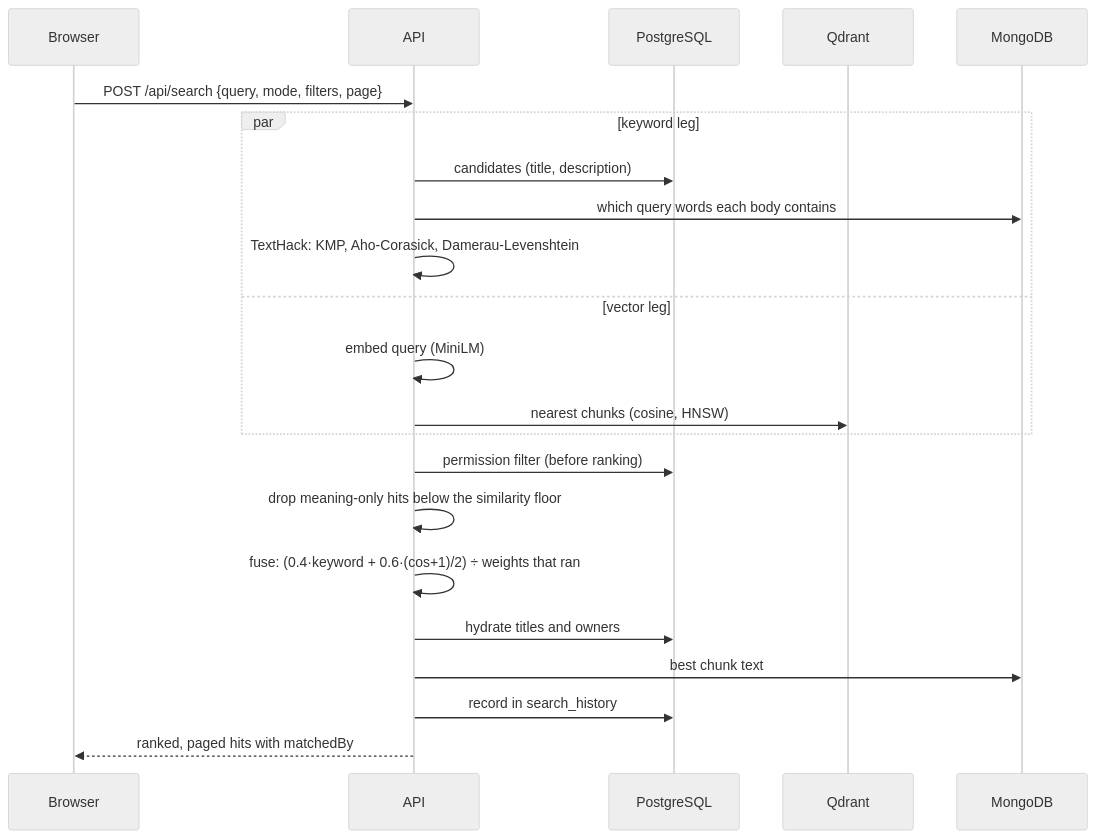
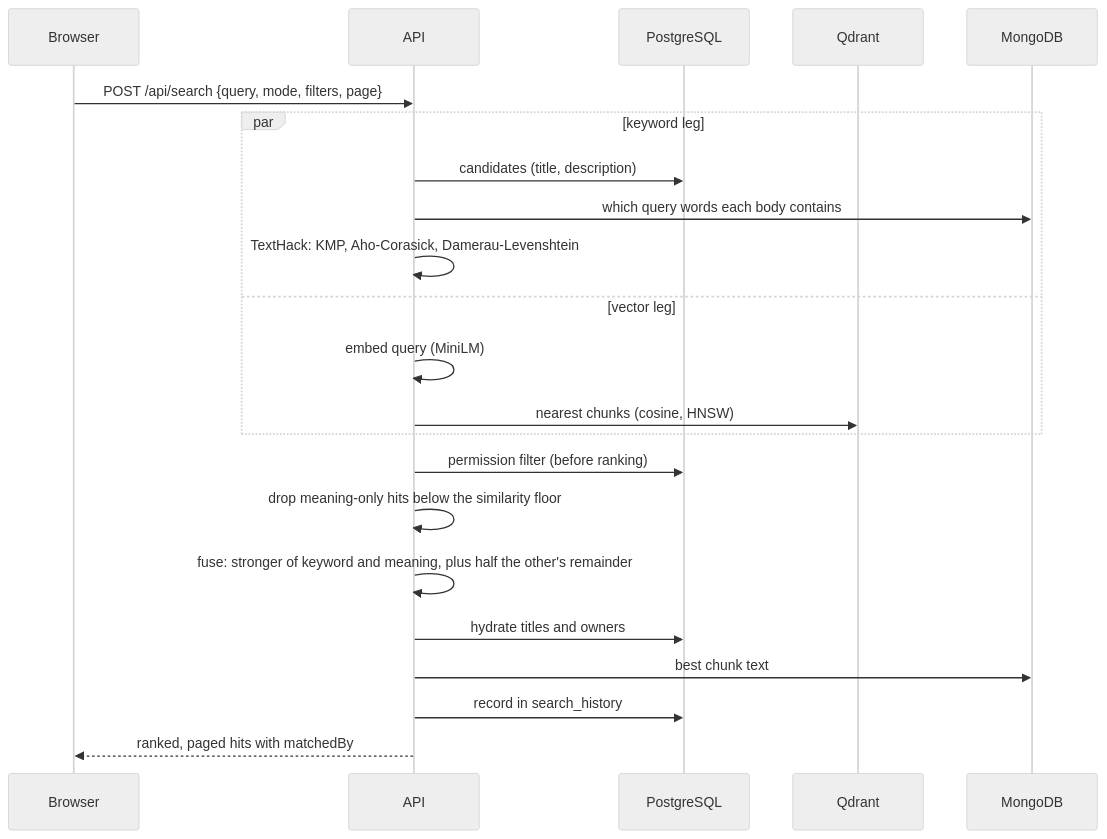
One commit to SathyaMaragani/Enterprise-Knowledge-Intelligence-Platform changed the sixth of 7 diagrams in docs/PROJECT_OVERVIEW.md. Above: the diagram before and after it, drawn with Mermaid (neutral theme). The commit also changed other lines of this file and 15 other files, not shown here.

````diff
--- a/docs/PROJECT_OVERVIEW.md
+++ b/docs/PROJECT_OVERVIEW.md
@@ -219,24 +219,24 @@
 ```mermaid
 sequenceDiagram
     participant U as Browser
     participant A as API
     participant P as PostgreSQL
     participant Q as Qdrant
     participant M as MongoDB
     U->>A: POST /api/search {query, mode, filters, page}
     par keyword leg
         A->>P: candidates (title, description)
         A->>M: which query words each body contains
         A->>A: TextHack: KMP, Aho-Corasick, Damerau-Levenshtein
     and vector leg
         A->>A: embed query (MiniLM)
         A->>Q: nearest chunks (cosine, HNSW)
     end
     A->>P: permission filter (before ranking)
     A->>A: drop meaning-only hits below the similarity floor
-    A->>A: fuse: (0.4·keyword + 0.6·(cos+1)/2) ÷ weights that ran
+    A->>A: fuse: stronger of keyword and meaning, plus half the other's remainder
     A->>P: hydrate titles and owners
     A->>M: best chunk text
     A->>P: record in search_history
     A-->>U: ranked, paged hits with matchedBy
 ```
````
